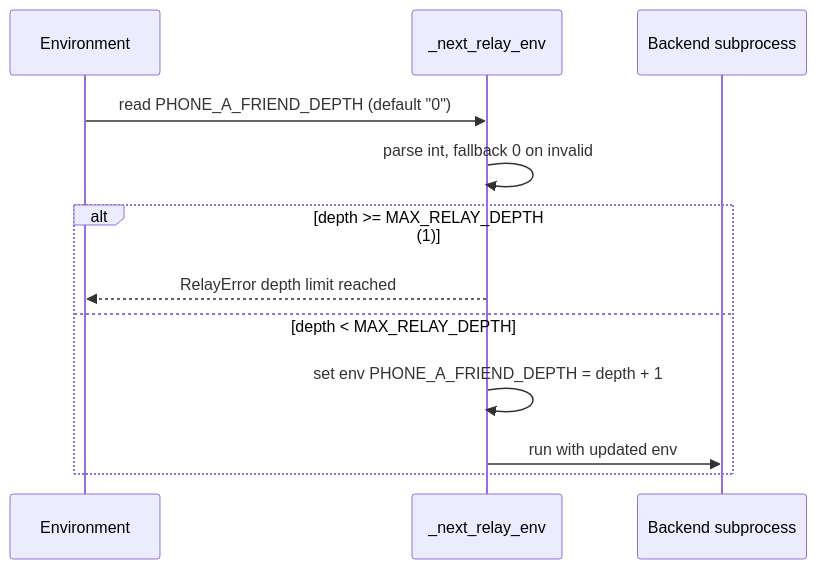
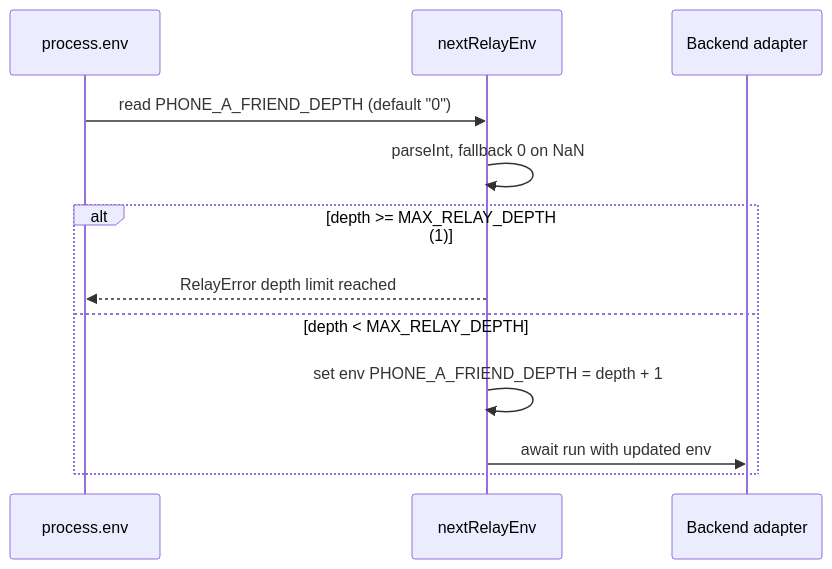
The second of 3 diagrams in architecture/01-relay-core.md (freibergergarcia/phone-a-friend), drawn with Mermaid before and after one commit. The commit also changed other lines of this file and 81 other files, not shown here.

````diff
--- a/architecture/01-relay-core.md
+++ b/architecture/01-relay-core.md
@@ -80,15 +80,15 @@
 ```mermaid
 sequenceDiagram
-  participant Env as Environment
-  participant Relay as _next_relay_env
-  participant Backend as Backend subprocess
+  participant Env as process.env
+  participant Relay as nextRelayEnv
+  participant Backend as Backend adapter
 
   Env->>Relay: read PHONE_A_FRIEND_DEPTH (default "0")
-  Relay->>Relay: parse int, fallback 0 on invalid
+  Relay->>Relay: parseInt, fallback 0 on NaN
   alt depth >= MAX_RELAY_DEPTH (1)
     Relay-->>Env: RelayError depth limit reached
   else depth < MAX_RELAY_DEPTH
     Relay->>Relay: set env PHONE_A_FRIEND_DEPTH = depth + 1
-    Relay->>Backend: run with updated env
+    Relay->>Backend: await run with updated env
   end
 ```
````
